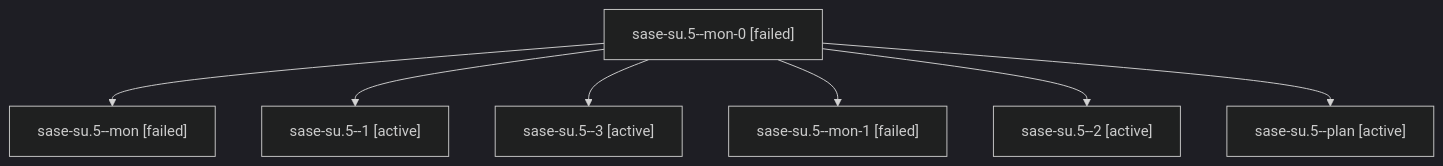
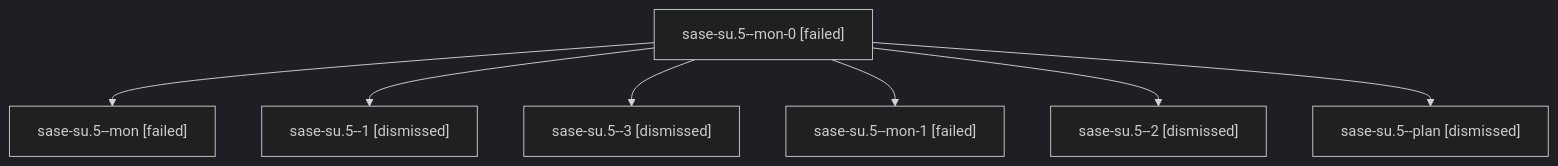
Before and after one commit to sase-org/sase--agents: the diagram in sessions/bbugyi200.athena.sase-su.5.md, drawn with Mermaid (dark theme). The commit also changed other lines of this file and 189 other files, not shown here.

````diff
--- a/sessions/bbugyi200.athena.sase-su.5.md
+++ b/sessions/bbugyi200.athena.sase-su.5.md
@@ -9,16 +9,16 @@
 ```mermaid
 flowchart TD
   n0["sase-su.5--mon-0 [failed]"]
   n1["sase-su.5--mon [failed]"]
   n0 --> n1
-  n2["sase-su.5--1 [active]"]
+  n2["sase-su.5--1 [dismissed]"]
   n0 --> n2
-  n3["sase-su.5--3 [active]"]
+  n3["sase-su.5--3 [dismissed]"]
   n0 --> n3
   n4["sase-su.5--mon-1 [failed]"]
   n0 --> n4
-  n5["sase-su.5--2 [active]"]
+  n5["sase-su.5--2 [dismissed]"]
   n0 --> n5
-  n6["sase-su.5--plan [active]"]
+  n6["sase-su.5--plan [dismissed]"]
   n0 --> n6
 ```
````
